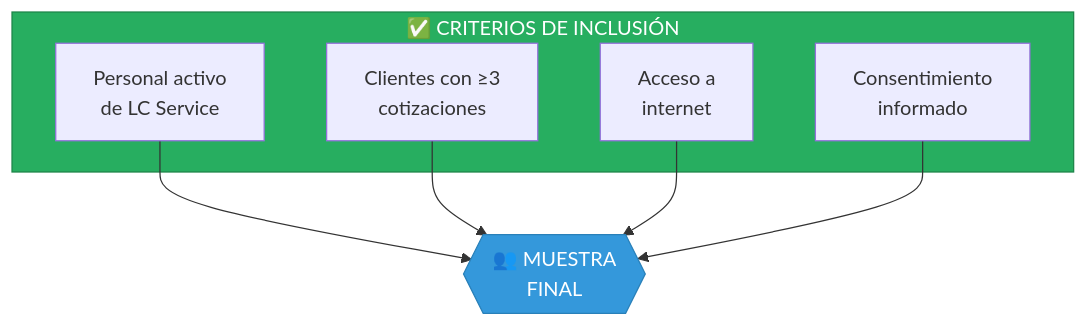
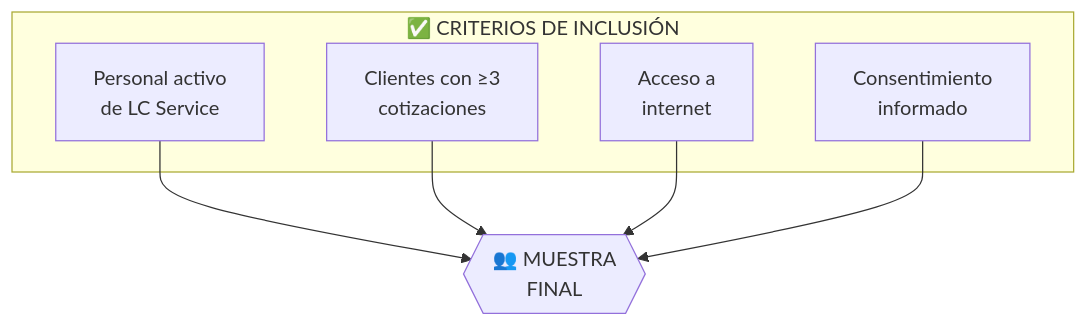
The fourth of 8 diagrams in docs/04-metodologia/README.md (decagraff/LCService), drawn with Mermaid before and after one commit. The commit also changed other lines of this file and 7 other files, not shown here.

````diff
--- a/docs/04-metodologia/README.md
+++ b/docs/04-metodologia/README.md
@@ -122,19 +117,17 @@
 ```mermaid
 graph TB
     subgraph criterios["✅ CRITERIOS DE INCLUSIÓN"]
         C1["Personal activo<br/>de LC Service"]
         C2["Clientes con ≥3<br/>cotizaciones"]
         C3["Acceso a<br/>internet"]
         C4["Consentimiento<br/>informado"]
     end
 
     M{{"👥 MUESTRA<br/>FINAL"}}
 
     C1 --> M
     C2 --> M
     C3 --> M
     C4 --> M
 
-    style criterios fill:#27ae60,stroke:#1e8449,color:#fff
-    style M fill:#3498db,stroke:#2980b9,color:#fff
 ```
````
